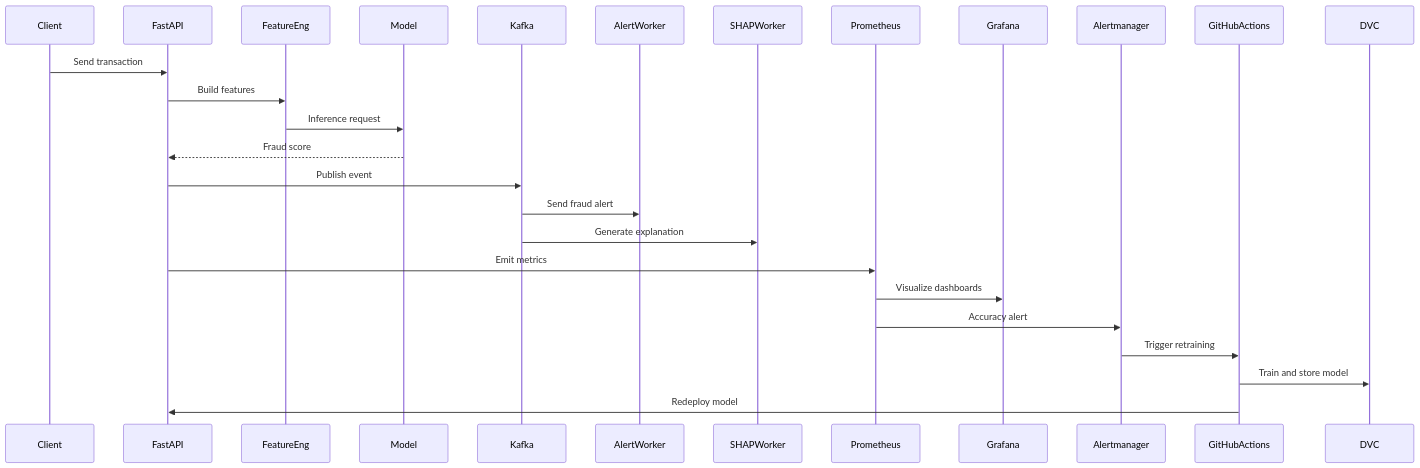
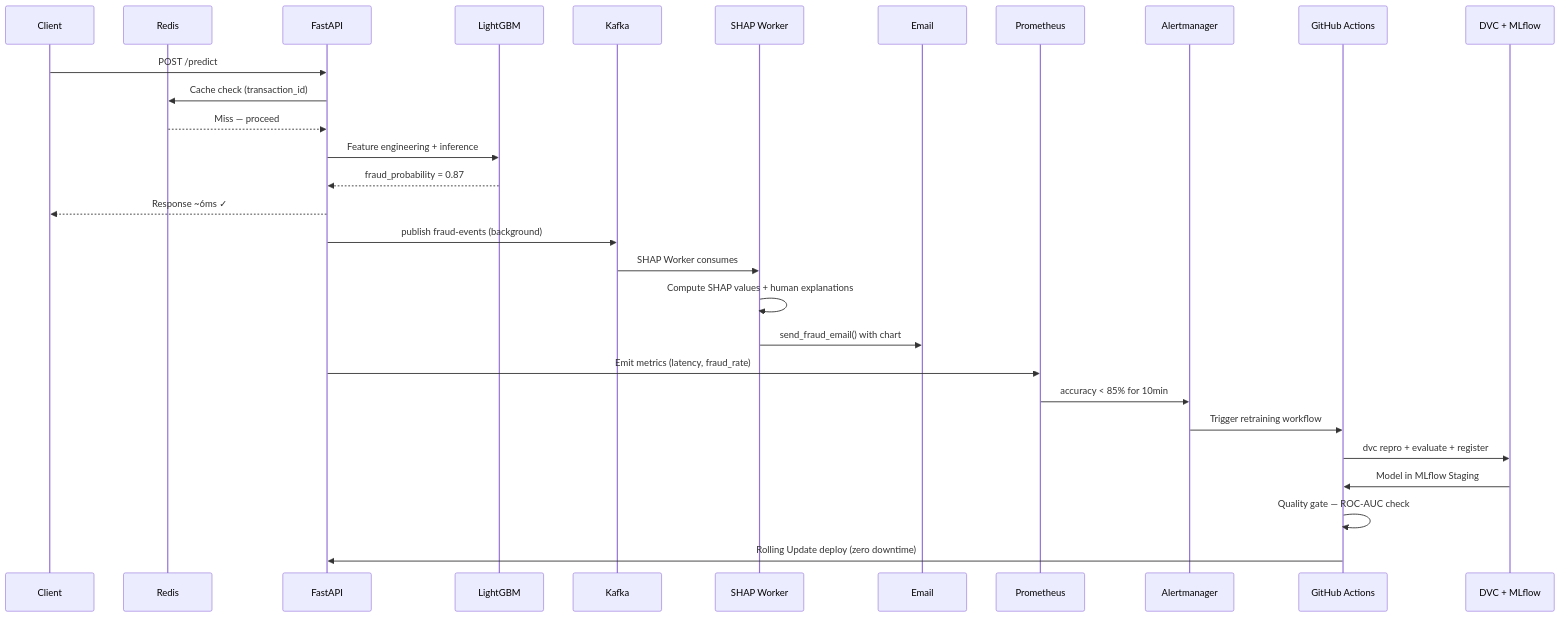
Before and after one commit to akashagalave/fraudguard-ai: the second of 3 diagrams in README.md, drawn with Mermaid. The commit also changed other lines of this file and 42 other files, not shown here.

````diff
--- a/README.md
+++ b/README.md
@@ -154,29 +120,34 @@
 ```mermaid
 sequenceDiagram
     participant C as Client
+    participant R as Redis
     participant API as FastAPI
-    participant FE as FeatureEng
-    participant M as Model
+    participant M as LightGBM
     participant K as Kafka
-    participant A as AlertWorker
-    participant S as SHAPWorker
+    participant S as SHAP Worker
+    participant E as Email
     participant P as Prometheus
-    participant G as Grafana
     participant AM as Alertmanager
-    participant GH as GitHubActions
-    participant D as DVC
+    participant GH as GitHub Actions
+    participant DVC as DVC + MLflow
 
-    C->>API: Send transaction
-    API->>FE: Build features
-    FE->>M: Inference request
-    M-->>API: Fraud score
-    API->>K: Publish event
-    K->>A: Send fraud alert
-    K->>S: Generate explanation
-    API->>P: Emit metrics
-    P->>G: Visualize dashboards
-    P->>AM: Accuracy alert
-    AM->>GH: Trigger retraining
-    GH->>D: Train and store model
-    GH->>API: Redeploy model
+    C->>API: POST /predict
+    API->>R: Cache check (transaction_id)
+    R-->>API: Miss — proceed
+    API->>M: Feature engineering + inference
+    M-->>API: fraud_probability = 0.87
+    API-->>C: Response ~6ms ✓
+
+    API->>K: publish fraud-events (background)
+    K->>S: SHAP Worker consumes
+    S->>S: Compute SHAP values + human explanations
+    S->>E: send_fraud_email() with chart
+
+    API->>P: Emit metrics (latency, fraud_rate)
+    P->>AM: accuracy < 85% for 10min
+    AM->>GH: Trigger retraining workflow
+    GH->>DVC: dvc repro + evaluate + register
+    DVC->>GH: Model in MLflow Staging
+    GH->>GH: Quality gate — ROC-AUC check
+    GH->>API: Rolling Update deploy (zero downtime)
 ```
````
